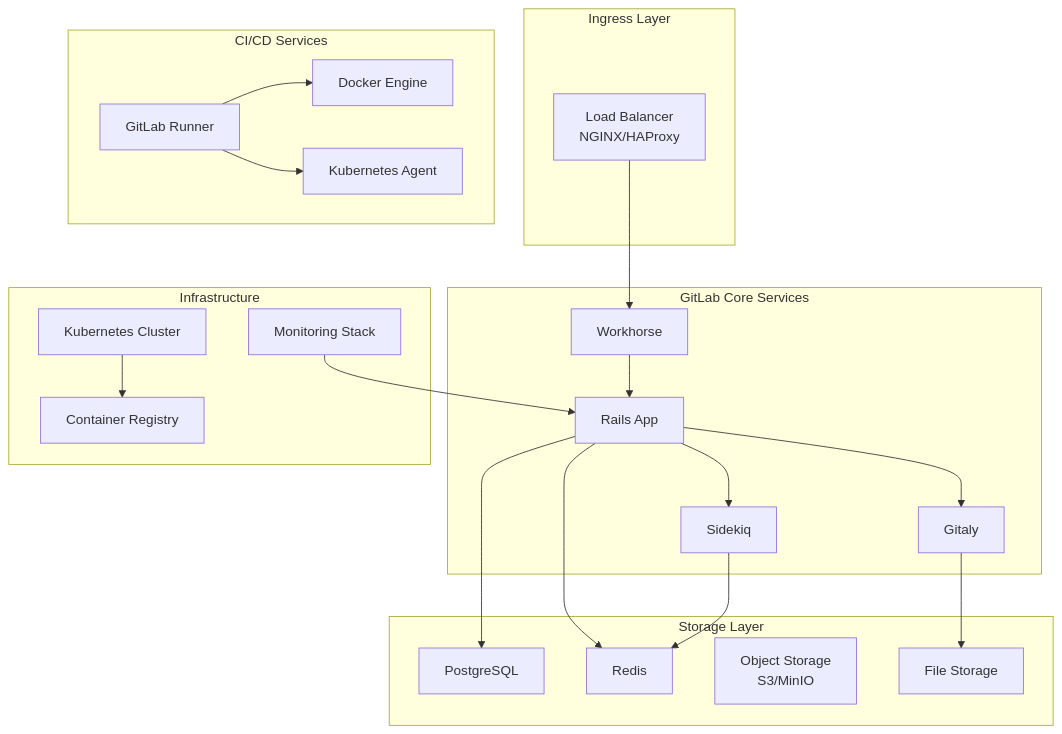
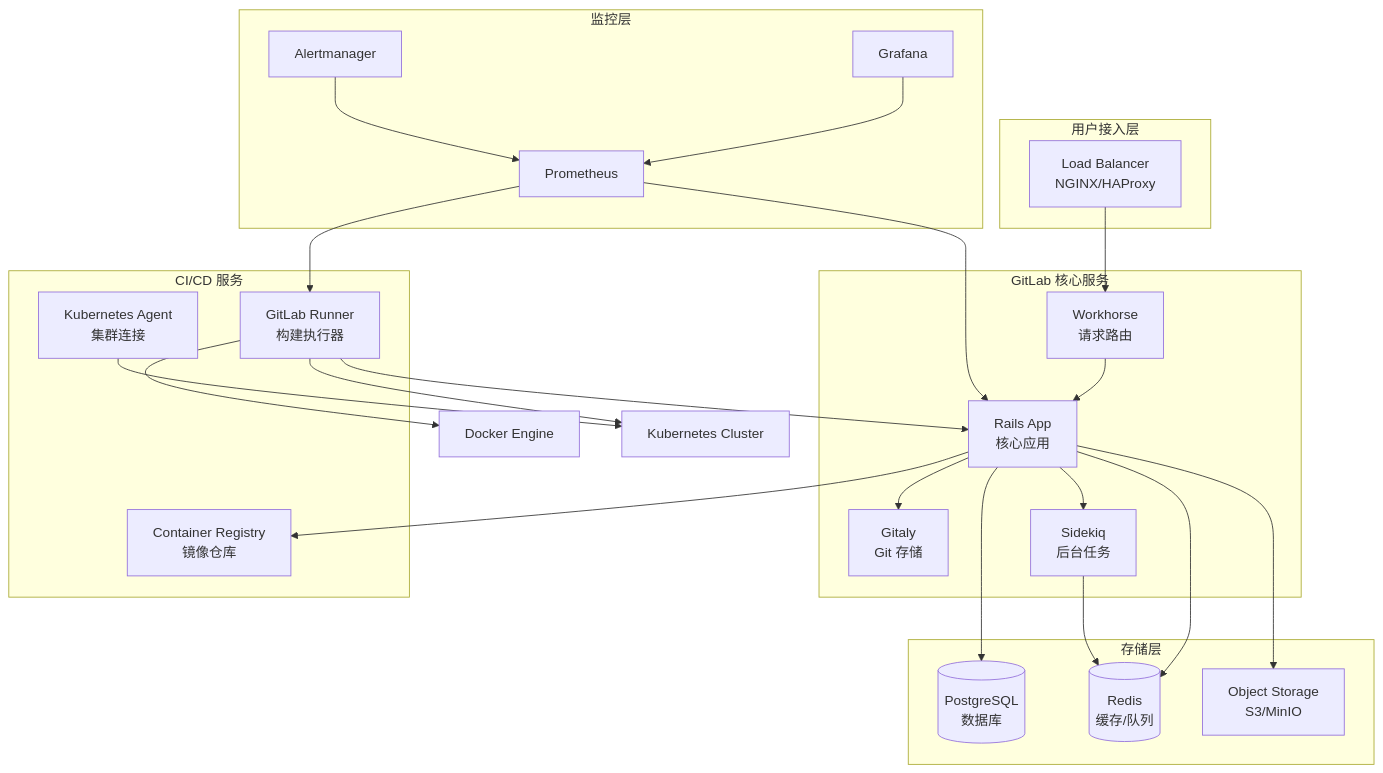
Before and after one commit to kudig-io/kudig-database: the first of 2 diagrams in domain-23-gitops-ci-cd/03-gitlab-enterprise-cicd.md, drawn with Mermaid. The commit also changed other lines of this file and 8633 other files, not shown here.

````diff
--- a/domain-23-gitops-ci-cd/03-gitlab-enterprise-cicd.md
+++ b/domain-23-gitops-ci-cd/03-gitlab-enterprise-cicd.md
@@ -80,45 +86,49 @@
 ```mermaid
 graph TB
-    subgraph "Ingress Layer"
+    subgraph "用户接入层"
         LB[Load Balancer<br/>NGINX/HAProxy]
     end
-    
-    subgraph "GitLab Core Services"
-        WE[Workhorse]
-        RA[Rails App]
-        GI[Gitaly]
-        SI[Sidekiq]
+
+    subgraph "GitLab 核心服务"
+        WE[Workhorse<br/>请求路由]
+        RA[Rails App<br/>核心应用]
+        GI[Gitaly<br/>Git 存储]
+        SI[Sidekiq<br/>后台任务]
     end
-    
-    subgraph "CI/CD Services"
-        RU[GitLab Runner]
-        DO[Docker Engine]
-        KA[Kubernetes Agent]
+
+    subgraph "CI/CD 服务"
+        RU[GitLab Runner<br/>构建执行器]
+        KA[Kubernetes Agent<br/>集群连接]
+        REG[Container Registry<br/>镜像仓库]
     end
-    
-    subgraph "Storage Layer"
-        DB[PostgreSQL]
-        RD[Redis]
+
+    subgraph "存储层"
+        DB[(PostgreSQL<br/>数据库)]
+        RD[(Redis<br/>缓存/队列)]
         OS[Object Storage<br/>S3/MinIO]
-        FS[File Storage]
     end
-    
-    subgraph "Infrastructure"
-        K8S[Kubernetes Cluster]
-        REG[Container Registry]
-        MON[Monitoring Stack]
+
+    subgraph "监控层"
+        PROM[Prometheus]
+        GRAF[Grafana]
+        ALERT[Alertmanager]
     end
-    
+
     LB --> WE
     WE --> RA
     RA --> GI
     RA --> SI
     RA --> DB
     RA --> RD
-    RU --> DO
-    RU --> KA
-    GI --> FS
     SI --> RD
-    K8S --> REG
-    MON --> RA
+    RU --> RA
+    RU --> DOCKER[Docker Engine]
+    RU --> K8S[Kubernetes Cluster]
+    KA --> K8S
+    RA --> OS
+    RA --> REG
+    PROM --> RA
+    PROM --> RU
+    GRAF --> PROM
+    ALERT --> PROM
 ```
````
